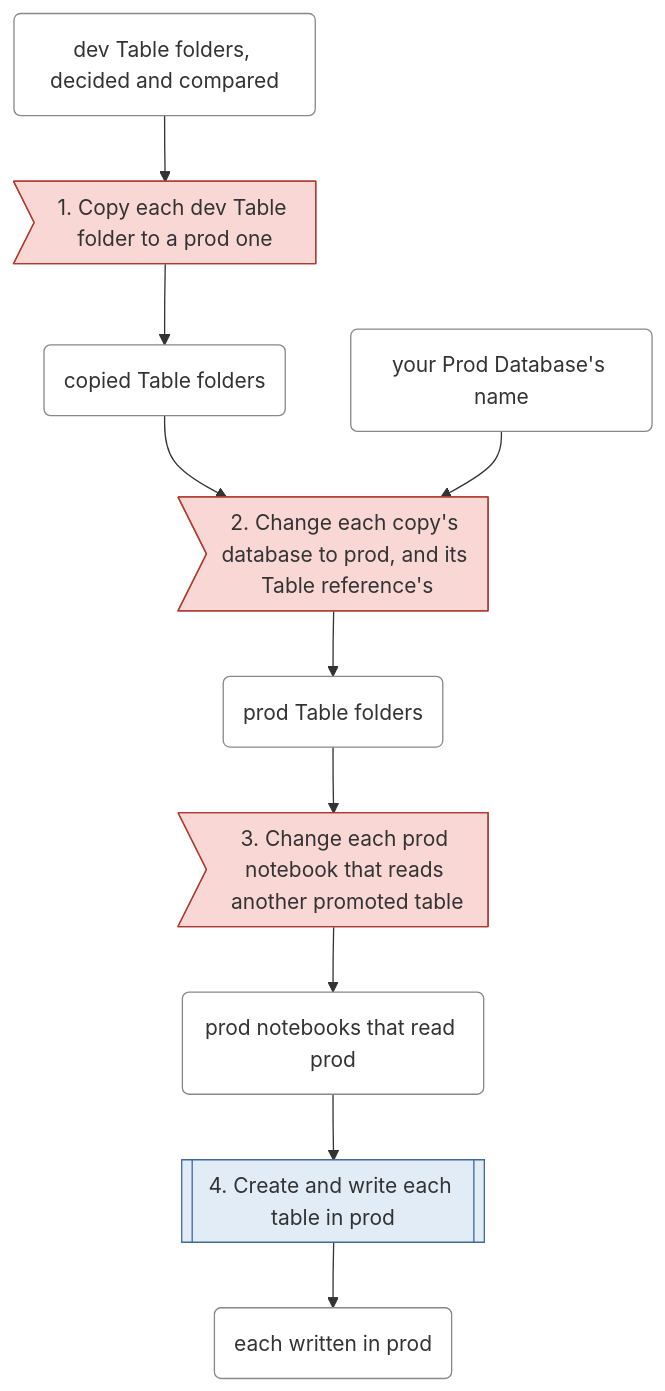
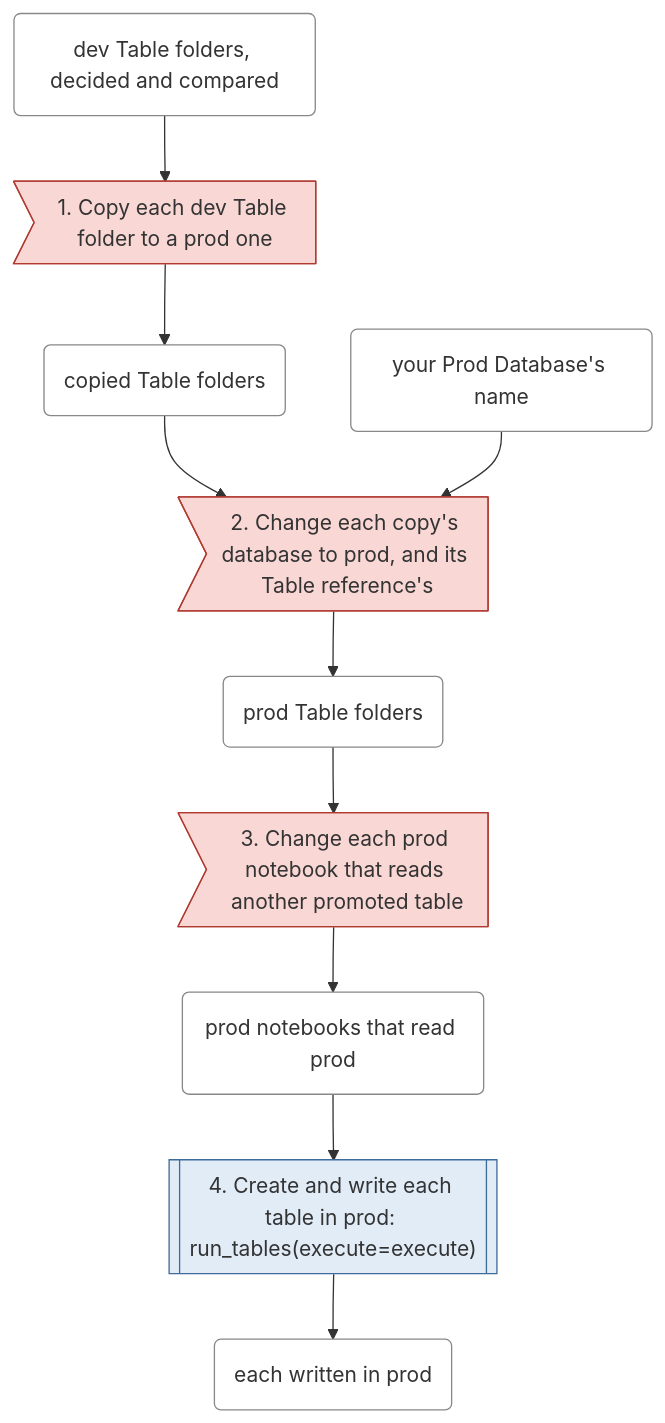
One commit to EdgyPage/SQL-Composer changed the second of 6 diagrams in docs/workflows.md. Above: the diagram before and after it, drawn with Mermaid. The commit also changed other lines of this file and 8 other files, not shown here.

````diff
--- a/docs/workflows.md
+++ b/docs/workflows.md
@@ -145,37 +174,37 @@
 ```mermaid
 flowchart TD
     s0>"1. Copy each dev Table folder to a prod one"]
     class s0 fiddling
     t0 --> s0
     s0 --> t1
     s1>"2. Change each copy's database to prod, and its Table reference's"]
     class s1 fiddling
     t1 --> s1
     t2 --> s1
     s1 --> t3
     s2>"3. Change each prod notebook that reads another promoted table"]
     class s2 fiddling
     t3 --> s2
     s2 --> t4
-    s3[["4. Create and write each table in prod"]]
+    s3[["4. Create and write each table in prod: run_tables(execute=execute)"]]
     class s3 permission
     t4 --> s3
     s3 --> t5
     t0("dev Table folders, decided and compared")
     class t0 thing
     t1("copied Table folders")
     class t1 thing
     t2("your Prod Database's name")
     class t2 thing
     t3("prod Table folders")
     class t3 thing
     t4("prod notebooks that read prod")
     class t4 thing
     t5("each written in prod")
     class t5 thing
     classDef file fill:#e3f2e1,stroke:#4a8a3f
     classDef permission fill:#e1ecf7,stroke:#3f6a9a
     classDef decision fill:#fbf1d6,stroke:#a8842a
     classDef fiddling fill:#f8d7d5,stroke:#b03a30
     classDef thing fill:#ffffff,stroke:#888888
 ```
````
